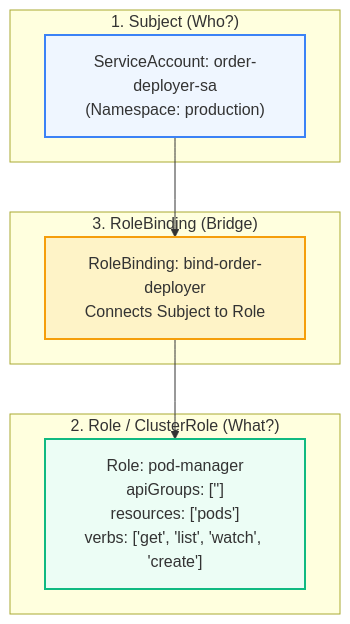
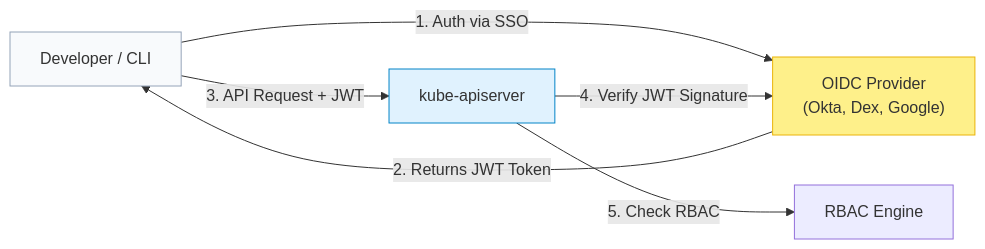
One commit to PandeyKishan/Study-Notes changed the third of 3 diagrams in 02-Kubernetes/04-Storage-Config-and-Security.md. Above: the diagram before and after it, drawn with Mermaid. The commit also changed other lines of this file and 38 other files, not shown here.

````diff
--- a/02-Kubernetes/04-Storage-Config-and-Security.md
+++ b/02-Kubernetes/04-Storage-Config-and-Security.md
@@ -73,21 +100,12 @@
 ```mermaid
-flowchart TD
-    subgraph Identity["1. Subject (Who?)"]
-        SA["ServiceAccount: order-deployer-sa\n(Namespace: production)"]
-    end
+flowchart LR
+    User["Developer / CLI"] -->|1. Auth via SSO| IdP["OIDC Provider\n(Okta, Dex, Google)"]
+    IdP -->|2. Returns JWT Token| User
+    User -->|3. API Request + JWT| API["kube-apiserver"]
+    API -->|4. Verify JWT Signature| IdP
+    API -->|5. Check RBAC| RBAC["RBAC Engine"]
 
-    subgraph Permissions["2. Role / ClusterRole (What?)"]
-        R["Role: pod-manager\napiGroups: ['']\nresources: ['pods']\nverbs: ['get', 'list', 'watch', 'create']"]
-    end
-
-    subgraph Binding["3. RoleBinding (Bridge)"]
-        RB["RoleBinding: bind-order-deployer\nConnects Subject to Role"]
-    end
-
-    SA --> RB
-    RB --> R
-
-    style SA fill:#eff6ff,stroke:#3b82f6,stroke-width:2px
-    style R fill:#ecfdf5,stroke:#10b981,stroke-width:2px
-    style RB fill:#fef3c7,stroke:#f59e0b,stroke-width:2px
+    style User fill:#f8fafc,stroke:#94a3b8
+    style IdP fill:#fef08a,stroke:#eab308
+    style API fill:#e0f2fe,stroke:#0284c7
 ```
````
